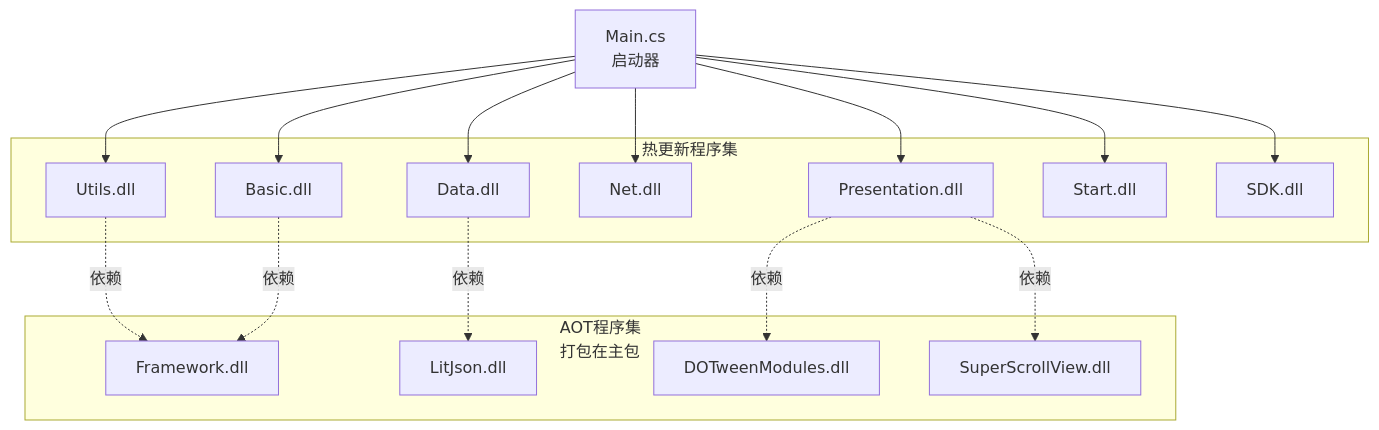
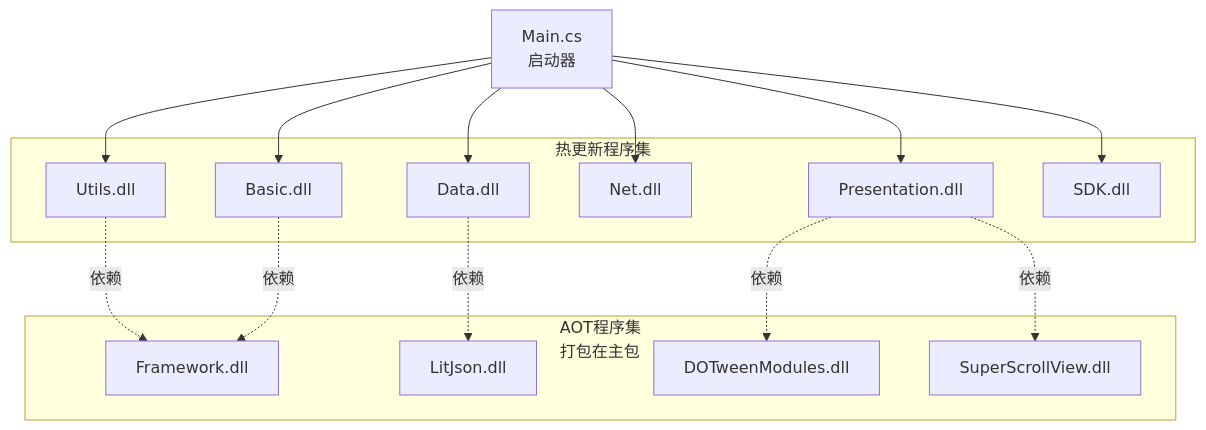
One commit to zlex001/LOA-Client changed the fifth of 6 diagrams in Documents/Architecture/客户端分层架构.md. Above: the diagram before and after it, drawn with Mermaid. The commit also changed other lines of this file and 16 other files, not shown here.

````diff
--- a/Documents/Architecture/客户端分层架构.md
+++ b/Documents/Architecture/客户端分层架构.md
@@ -796,33 +761,31 @@
 ```mermaid
 graph TB
     subgraph HotUpdate[热更新程序集]
         Utils[Utils.dll]
         Basic[Basic.dll]
         Data[Data.dll]
         Net[Net.dll]
         Presentation[Presentation.dll]
-        Start[Start.dll]
         SDK[SDK.dll]
     end
     
     subgraph AOT[AOT程序集<br/>打包在主包]
         Framework[Framework.dll]
         LitJson[LitJson.dll]
         DOTween[DOTweenModules.dll]
         SuperScroll[SuperScrollView.dll]
     end
     
     Main[Main.cs<br/>启动器] --> Utils
     Main --> Basic
     Main --> Data
     Main --> Net
     Main --> Presentation
-    Main --> Start
     Main --> SDK
     
     Utils -.依赖.-> Framework
     Basic -.依赖.-> Framework
     Data -.依赖.-> LitJson
     Presentation -.依赖.-> DOTween
     Presentation -.依赖.-> SuperScroll
 ```
````
